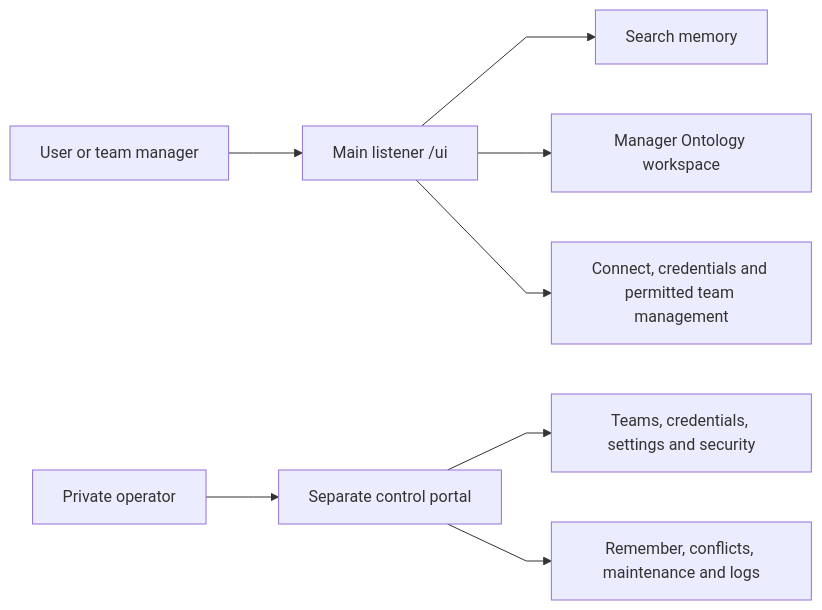
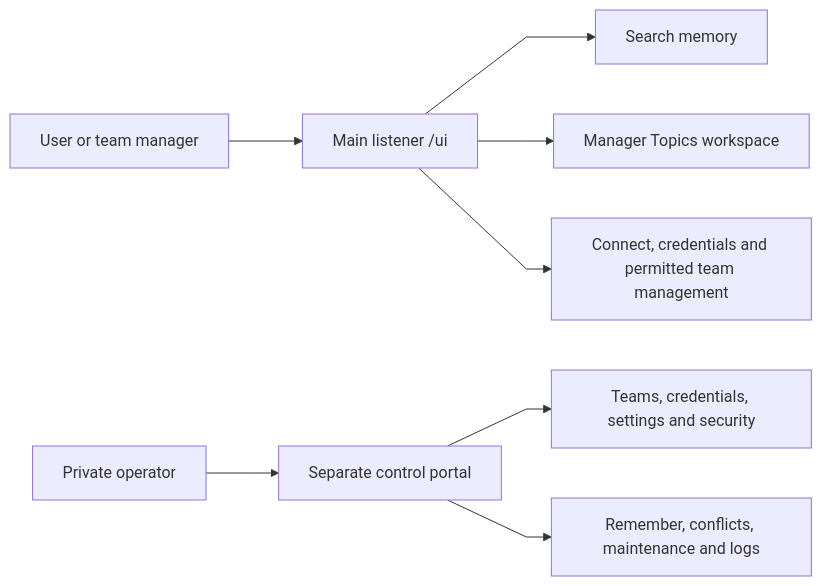
The first of 2 diagrams in _guides/Portals-And-API-Keys.md (markhuangai/dense-mem), drawn with Mermaid before and after one commit. The commit also changed 29 other files, not shown here.

````diff
--- a/_guides/Portals-And-API-Keys.md
+++ b/_guides/Portals-And-API-Keys.md
@@ -14,11 +14,11 @@
 ```mermaid
 %%{init: {"flowchart": {"curve": "linear"}}}%%
 flowchart LR
   User["User or team manager"] --> UI["Main listener /ui"]
   UI --> Recall["Search memory"]
-  UI --> Ontology["Manager Ontology workspace"]
+  UI --> Topics["Manager Topics workspace"]
   UI --> Access["Connect, credentials and permitted team management"]
   Operator["Private operator"] --> Control["Separate control portal"]
   Control --> Admin["Teams, credentials, settings and security"]
   Control --> Diagnose["Remember, conflicts, maintenance and logs"]
 ```
````
